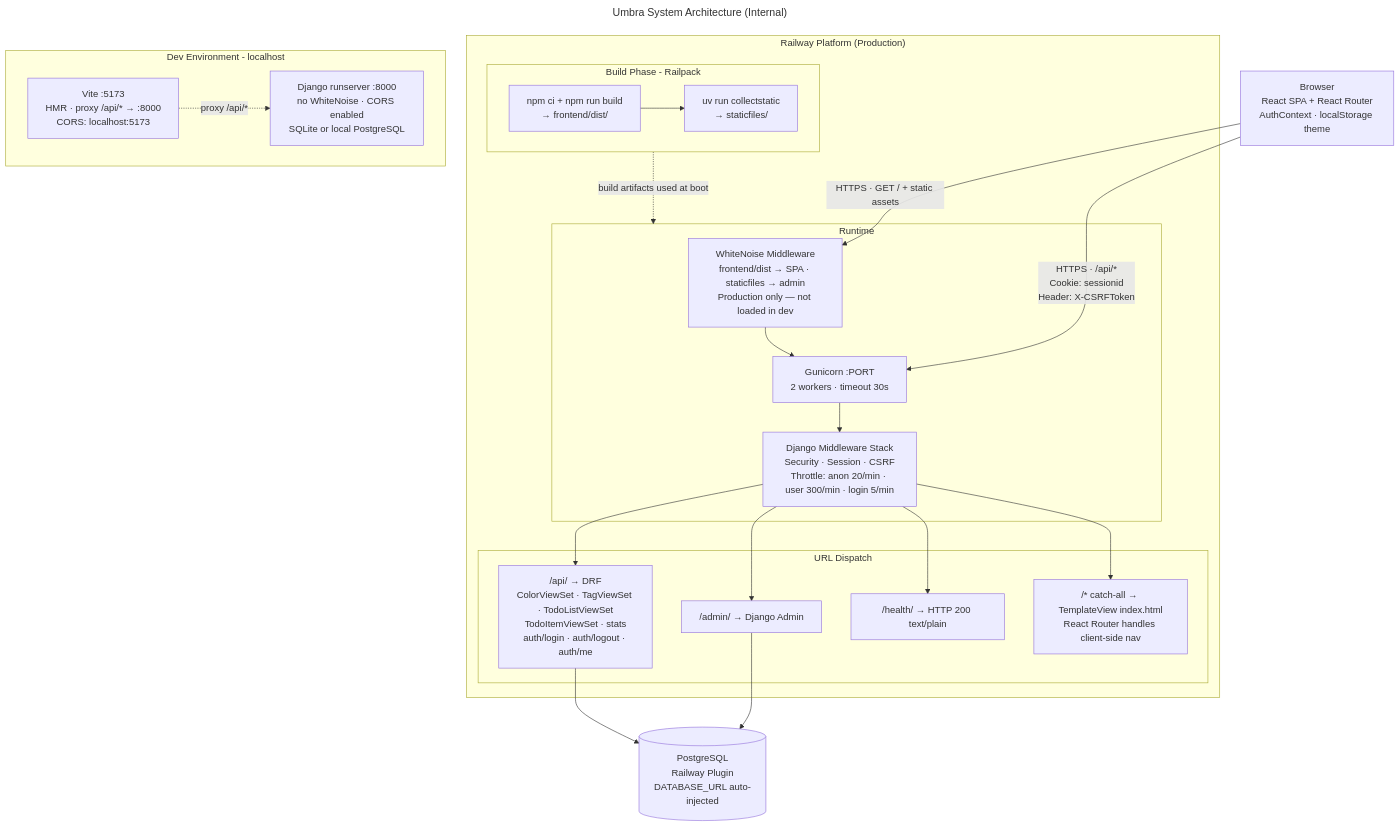
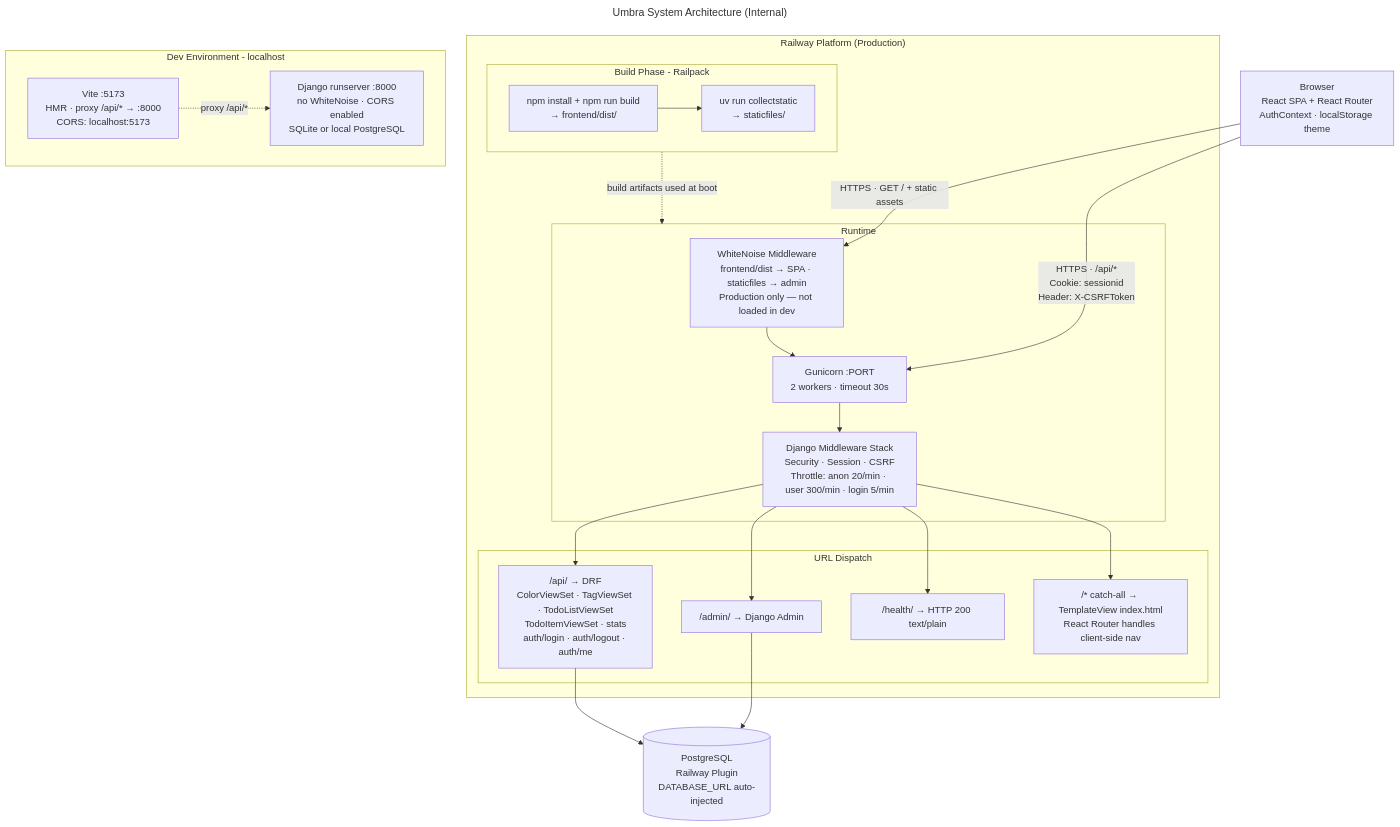
Before and after one commit to masriamir/umbra: the diagram in docs/internal/diagrams/system-architecture.mmd, drawn with Mermaid.

Commit message:
fix: correct npm ci → npm install in system-architecture diagram
The internal diagram had npm ci but railway.toml buildCommand uses
npm install. Addresses Copilot review comment on PR #28.

```diff
--- a/docs/internal/diagrams/system-architecture.mmd
+++ b/docs/internal/diagrams/system-architecture.mmd
@@ -1,42 +1,42 @@
 ---
 title: Umbra System Architecture (Internal)
 ---
 flowchart TB
   BROWSER["Browser\nReact SPA + React Router\nAuthContext · localStorage theme"]
 
   subgraph RAILWAY["Railway Platform (Production)"]
     subgraph BUILD["Build Phase - Railpack"]
-      B1["npm ci + npm run build\n→ frontend/dist/"]
+      B1["npm install + npm run build\n→ frontend/dist/"]
       B2["uv run collectstatic\n→ staticfiles/"]
       B1 --> B2
     end
 
     subgraph SERVE["Runtime"]
       WN["WhiteNoise Middleware\nfrontend/dist → SPA · staticfiles → admin\nProduction only — not loaded in dev"]
       GUN["Gunicorn :PORT\n2 workers · timeout 30s"]
       DJ["Django Middleware Stack\nSecurity · Session · CSRF\nThrottle: anon 20/min · user 300/min · login 5/min"]
       WN --> GUN --> DJ
     end
 
     subgraph URLS["URL Dispatch"]
       U1["/api/ → DRF\nColorViewSet · TagViewSet · TodoListViewSet\nTodoItemViewSet · stats\nauth/login · auth/logout · auth/me"]
       U2["/admin/ → Django Admin"]
       U3["/health/ → HTTP 200 text/plain"]
       U4["/* catch-all → TemplateView index.html\nReact Router handles client-side nav"]
     end
 
     BUILD -.->|"build artifacts used at boot"| SERVE
     DJ --> U1 & U2 & U3 & U4
   end
 
   PG[("PostgreSQL\nRailway Plugin\nDATABASE_URL auto-injected")]
 
   BROWSER -->|"HTTPS · GET / + static assets"| WN
   BROWSER -->|"HTTPS · /api/*\nCookie: sessionid\nHeader: X-CSRFToken"| GUN
   U1 & U2 --> PG
 
   subgraph DEV["Dev Environment - localhost"]
     VITE["Vite :5173\nHMR · proxy /api/* → :8000\nCORS: localhost:5173"]
     DJRUN["Django runserver :8000\nno WhiteNoise · CORS enabled\nSQLite or local PostgreSQL"]
     VITE -.->|"proxy /api/*"| DJRUN
   end
```
